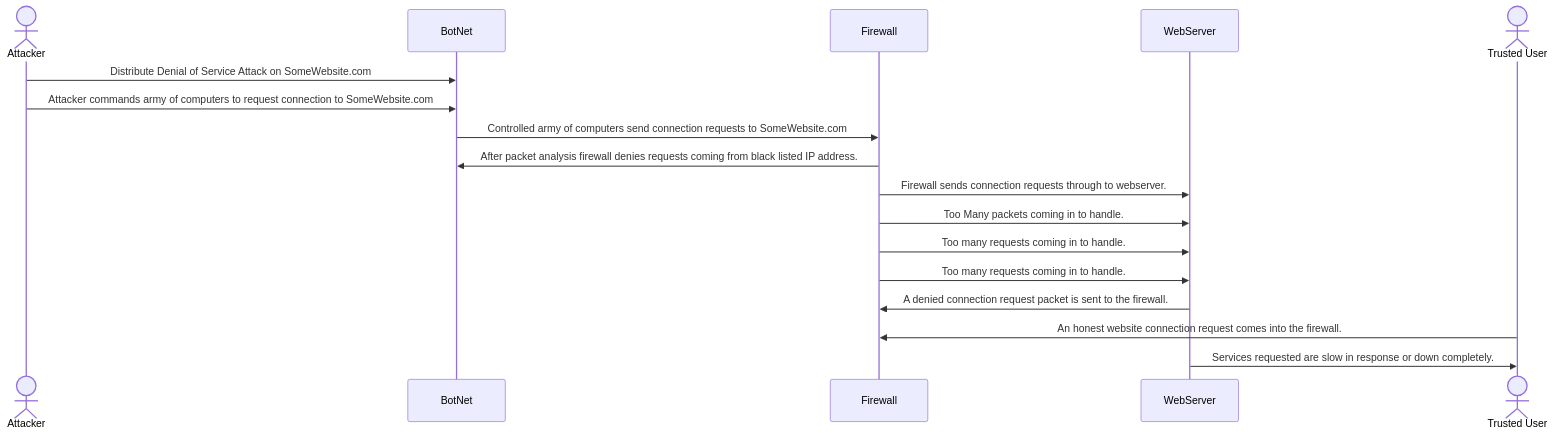
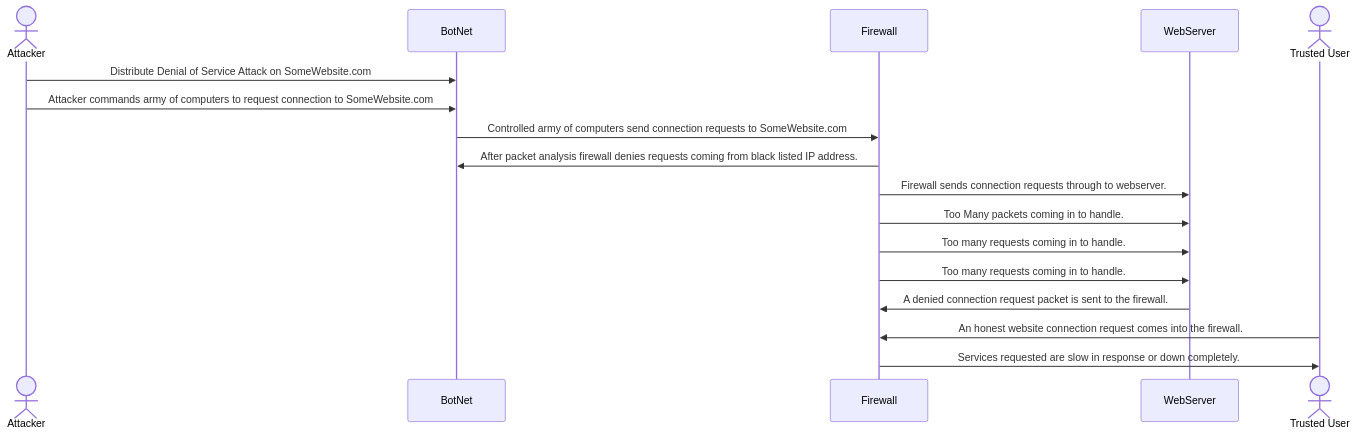
Before and after one commit to Langston6954/Langston6954.github.io: the diagram in DDoS_Attack_Sequence.md, drawn with Mermaid.

Commit message:
Update DDoS_Attack_Sequence.md
updated.

````diff
--- a/DDoS_Attack_Sequence.md
+++ b/DDoS_Attack_Sequence.md
@@ -1,27 +1,27 @@
 ```mermaid
 sequenceDiagram
   actor Attacker
   participant BotNet
   participant Firewall
   participant WebServer
   actor Trusted User
   Attacker->>BotNet: Distribute Denial of Service Attack on SomeWebsite.com
   Attacker->>BotNet: Attacker commands army of computers to request connection to SomeWebsite.com
   BotNet->>Firewall: Controlled army of computers send connection requests to SomeWebsite.com
   Firewall->>BotNet: After packet analysis firewall denies requests coming from black listed IP address.
   Firewall->>WebServer: Firewall sends connection requests through to webserver.
   Firewall->>WebServer: Too Many packets coming in to handle.
   Firewall->>WebServer: Too many requests coming in to handle.
   Firewall->>WebServer: Too many requests coming in to handle.
   WebServer->>Firewall: A denied connection request packet is sent to the firewall.
   Trusted User->>Firewall: An honest website connection request comes into the firewall.
-  WebServer->>Trusted User: Services requested are slow in response or down completely.
+  Firewall->>Trusted User: Services requested are slow in response or down completely.
 
 
 
 
 
 
 
 
 ```
````
